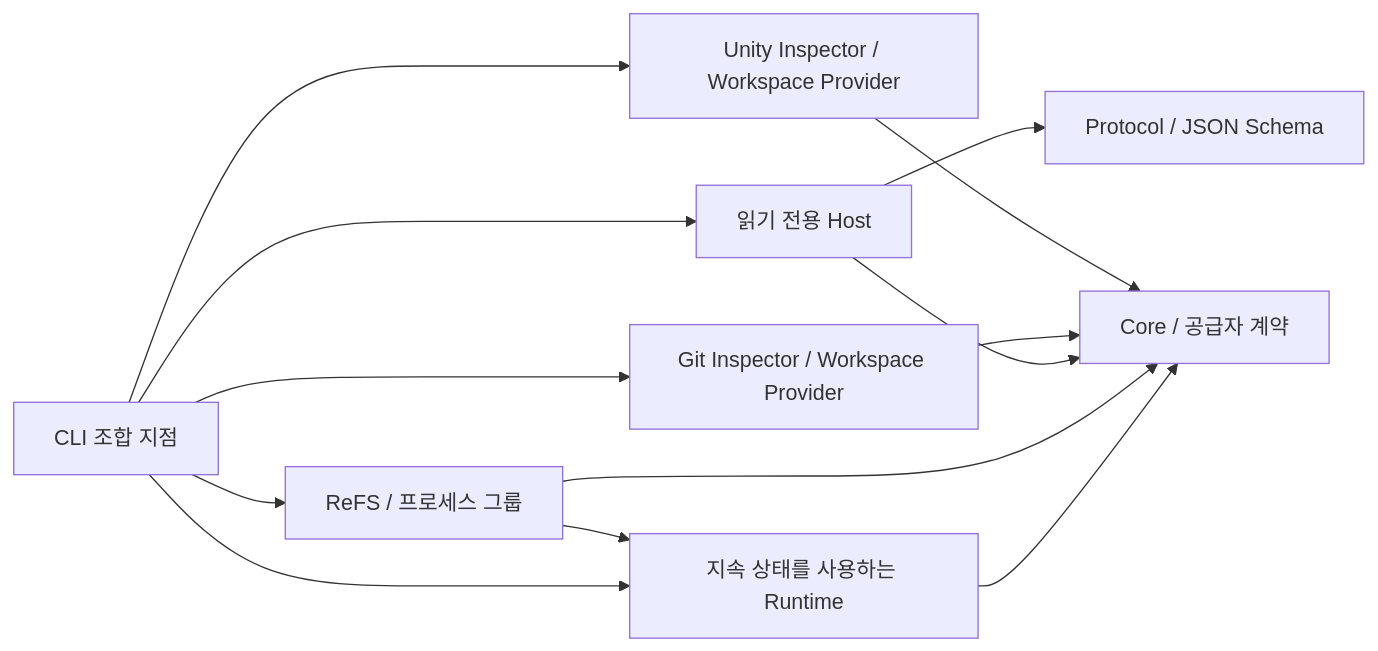
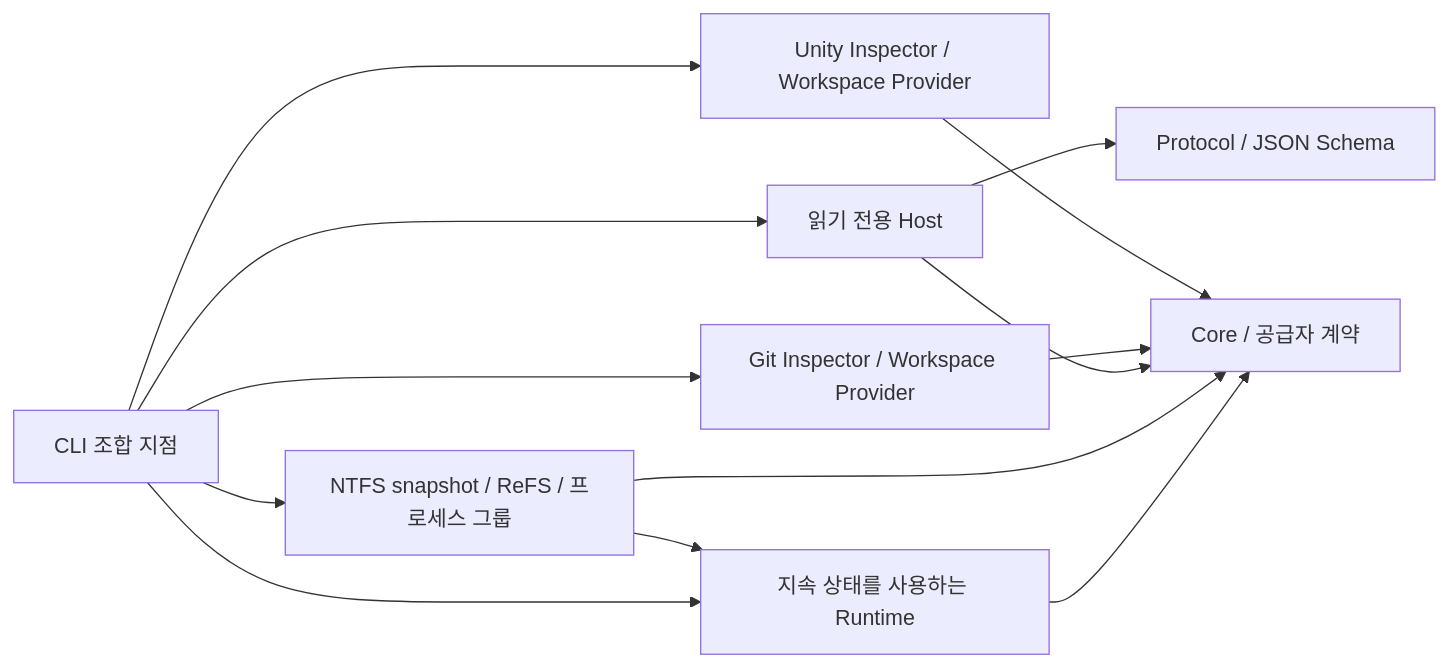
Before and after one commit to olivecrow/splinter: the diagram in docs/foundation.md, drawn with Mermaid. The commit also changed other lines of this file and 57 other files, not shown here.

Commit message:
feat: integrate NTFS snapshot workspaces and record NI validation

````diff
--- a/docs/foundation.md
+++ b/docs/foundation.md
@@ -24,15 +24,15 @@
 ```mermaid
 flowchart LR
     CLI[CLI 조합 지점] --> Host[읽기 전용 Host]
     CLI --> Runtime[지속 상태를 사용하는 Runtime]
     Runtime --> Core
     CLI --> Git[Git Inspector / Workspace Provider]
     CLI --> Unity[Unity Inspector / Workspace Provider]
-    CLI --> Windows[ReFS / 프로세스 그룹]
+    CLI --> Windows[NTFS snapshot / ReFS / 프로세스 그룹]
     Windows --> Core
     Windows --> Runtime
     Host --> Protocol[Protocol / JSON Schema]
     Host --> Core[Core / 공급자 계약]
     Git --> Core
     Unity --> Core
 ```
````
